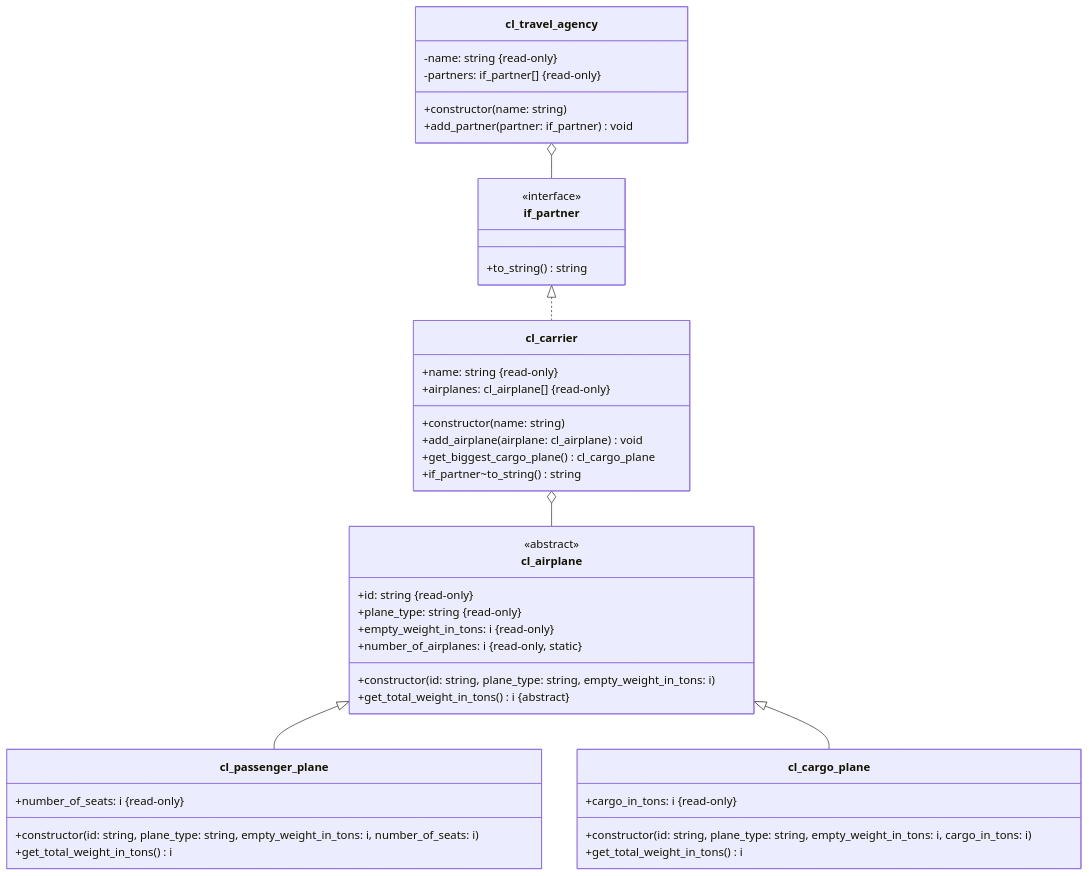
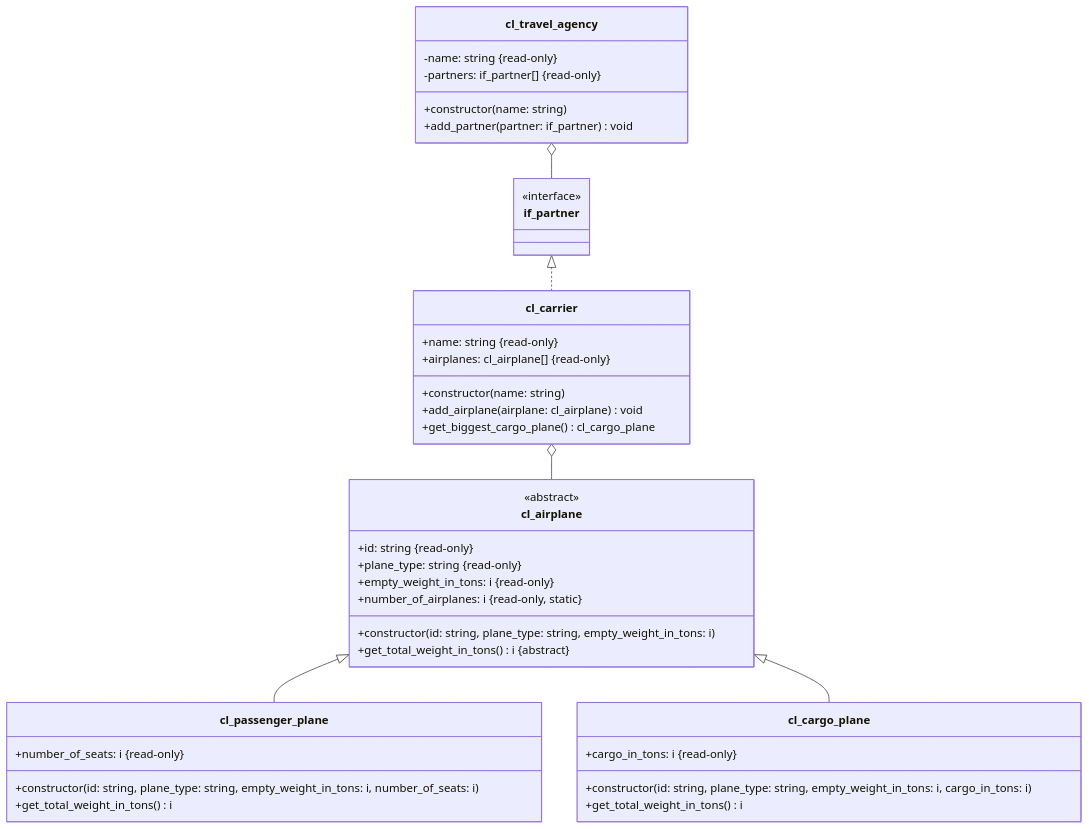
One commit to appenmaier/s4hana changed the diagram in docs/exercises/abap-objects/abap-objects-09.md. Above: the diagram before and after it, drawn with Mermaid. The commit also changed other lines of this file and 5 other files, not shown here.

````diff
--- a/docs/exercises/abap-objects/abap-objects-09.md
+++ b/docs/exercises/abap-objects/abap-objects-09.md
@@ -21,51 +20,49 @@
 ```mermaid
 classDiagram
    cl_carrier o-- cl_airplane
    cl_airplane <|-- cl_passenger_plane
    cl_airplane <|-- cl_cargo_plane
    if_partner <|.. cl_carrier
    cl_travel_agency o-- if_partner
 
    class cl_airplane {
       <<abstract>>
       +id: string &#123read-only&#125
       +plane_type: string &#123read-only&#125
       +empty_weight_in_tons: i &#123read-only&#125
       +number_of_airplanes: i &#123read-only, static&#125
       +constructor(id: string, plane_type: string, empty_weight_in_tons: i)
       +get_total_weight_in_tons() i &#123abstract&#125
    }
 
    class cl_passenger_plane {
       +number_of_seats: i &#123read-only&#125
       +constructor(id: string, plane_type: string, empty_weight_in_tons: i, number_of_seats: i)
       +get_total_weight_in_tons() i
    }
 
    class cl_cargo_plane {
       +cargo_in_tons: i &#123read-only&#125
       +constructor(id: string, plane_type: string, empty_weight_in_tons: i, cargo_in_tons: i)
       +get_total_weight_in_tons() i
    }
 
    class cl_carrier {
       +name: string &#123read-only&#125
       +airplanes: cl_airplane[] &#123read-only&#125
       +constructor(name: string)
       +add_airplane(airplane: cl_airplane) void
       +get_biggest_cargo_plane() cl_cargo_plane
-      +if_partner~to_string() string
    }
 
    class if_partner {
       <<interface>>
-      +to_string() string
    }
 
    class cl_travel_agency {
       -name: string &#123read-only&#125
       -partners: if_partner[] &#123read-only&#125
       +constructor(name: string)
       +add_partner(partner: if_partner) void
    }
 ```
````
